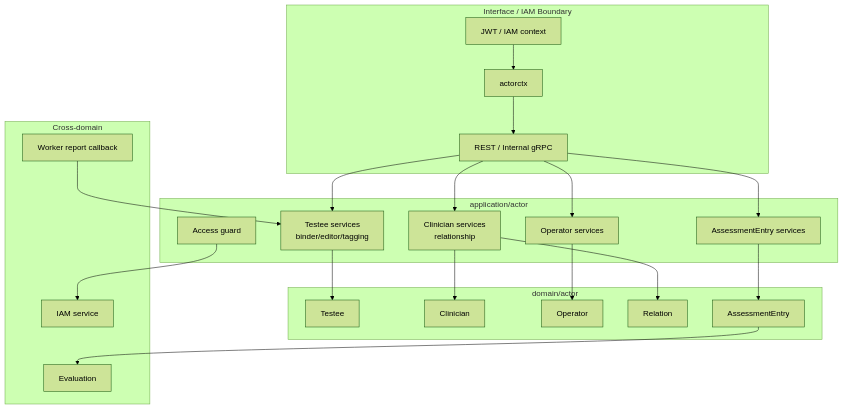
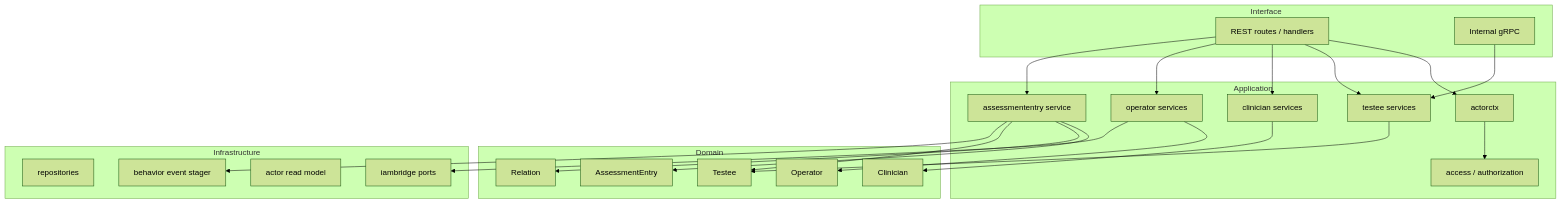
Before and after one commit to FangcunMount/qs-server: the second of 2 diagrams in docs/02-业务模块/actor/00-整体模型.md, drawn with Mermaid (forest theme). The commit also changed other lines of this file and 5 other files, not shown here.

````diff
--- a/docs/02-业务模块/actor/00-整体模型.md
+++ b/docs/02-业务模块/actor/00-整体模型.md
@@ -32,42 +83,46 @@
 ```mermaid
 flowchart TB
-    subgraph Boundary["Interface / IAM Boundary"]
-        jwt["JWT / IAM context"]
+    subgraph Interface["Interface"]
+        rest["REST routes / handlers"]
+        grpc["Internal gRPC"]
+    end
+
+    subgraph App["Application"]
         actorctx["actorctx"]
-        rest["REST / Internal gRPC"]
+        access["access / authorization"]
+        testeeSvc["testee services"]
+        clinicianSvc["clinician services"]
+        operatorSvc["operator services"]
+        entrySvc["assessmententry service"]
     end
-    subgraph Application["application/actor"]
-        testeeSvc["Testee services\nbinder/editor/tagging"]
-        clinicianSvc["Clinician services\nrelationship"]
-        operatorSvc["Operator services"]
-        entrySvc["AssessmentEntry services"]
-        access["Access guard"]
-    end
-    subgraph Domain["domain/actor"]
+
+    subgraph Domain["Domain"]
         testee["Testee"]
         clinician["Clinician"]
         operator["Operator"]
         relation["Relation"]
         entry["AssessmentEntry"]
     end
-    subgraph External["Cross-domain"]
-        evaluation["Evaluation"]
-        worker["Worker report callback"]
-        iam["IAM service"]
+
+    subgraph Infra["Infrastructure"]
+        repo["repositories"]
+        iambridge["iambridge ports"]
+        readmodel["actor read model"]
+        events["behavior event stager"]
     end
 
-    jwt --> actorctx
-    actorctx --> rest
+    rest --> actorctx --> access
     rest --> testeeSvc
     rest --> clinicianSvc
     rest --> operatorSvc
     rest --> entrySvc
+    grpc --> testeeSvc
     testeeSvc --> testee
     clinicianSvc --> clinician
-    clinicianSvc --> relation
     operatorSvc --> operator
     entrySvc --> entry
-    access --> iam
-    entry --> evaluation
-    worker --> testeeSvc
+    entrySvc --> relation
+    entrySvc --> testee
+    operatorSvc --> iambridge
+    entrySvc --> events
 ```
````
